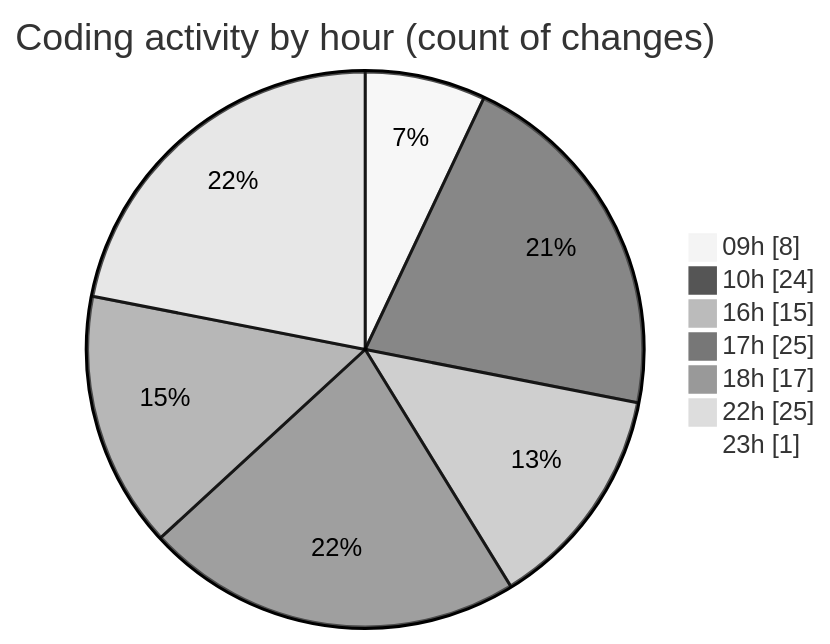
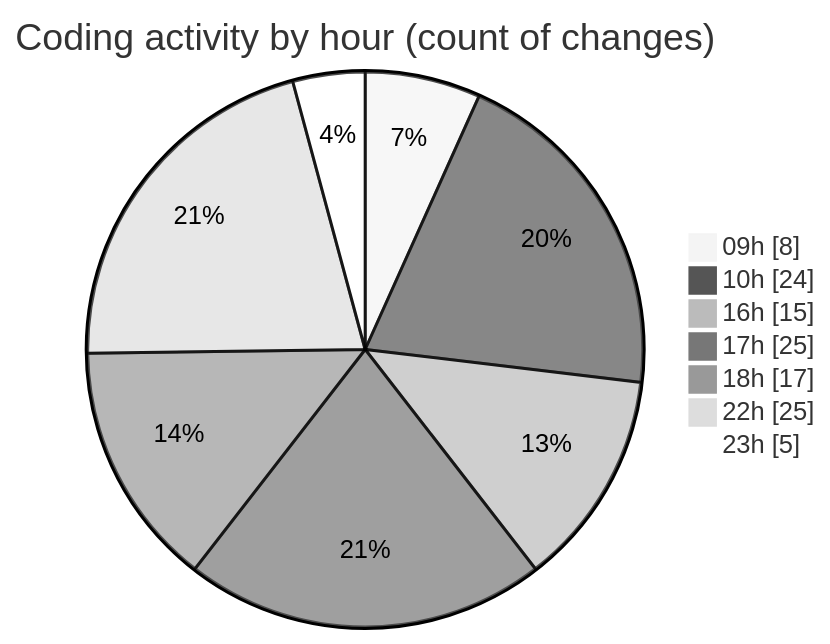
One commit to julien-gomy/code-tracking changed the second of 2 diagrams in 2025-10-09/eventscop-frontend-guide__workspace_/README.md. Above: the diagram before and after it, drawn with Mermaid (neutral theme). The commit also changed other lines of this file and 1 other file, not shown here.

````diff
--- a/2025-10-09/eventscop-frontend-guide__workspace_/README.md
+++ b/2025-10-09/eventscop-frontend-guide__workspace_/README.md
@@ -68,11 +69,11 @@
 ```mermaid
 pie showData
 title Coding activity by hour (count of changes)
 "09h" : 8
 "10h" : 24
 "16h" : 15
 "17h" : 25
 "18h" : 17
 "22h" : 25
-"23h" : 1
+"23h" : 5
 ```
````
